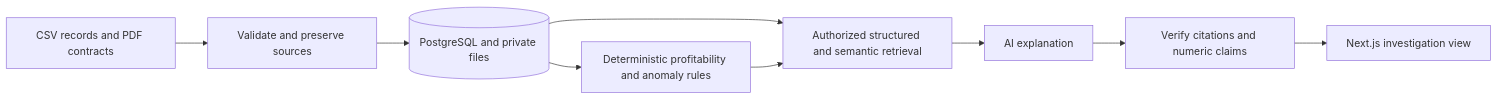
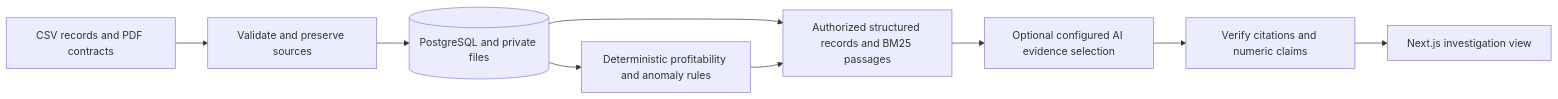
The diagram in README.md (karankirtisharma/Profitlens), drawn with Mermaid before and after one commit. The commit also changed other lines of this file and 97 other files, not shown here.

````diff
--- a/README.md
+++ b/README.md
@@ -55,11 +59,11 @@
 ```mermaid
 flowchart LR
     A[CSV records and PDF contracts] --> B[Validate and preserve sources]
     B --> C[(PostgreSQL and private files)]
     C --> D[Deterministic profitability and anomaly rules]
-    C --> E[Authorized structured and semantic retrieval]
+    C --> E[Authorized structured records and BM25 passages]
     D --> E
-    E --> F[AI explanation]
+    E --> F[Optional configured AI evidence selection]
     F --> G[Verify citations and numeric claims]
     G --> H[Next.js investigation view]
 ```
````
